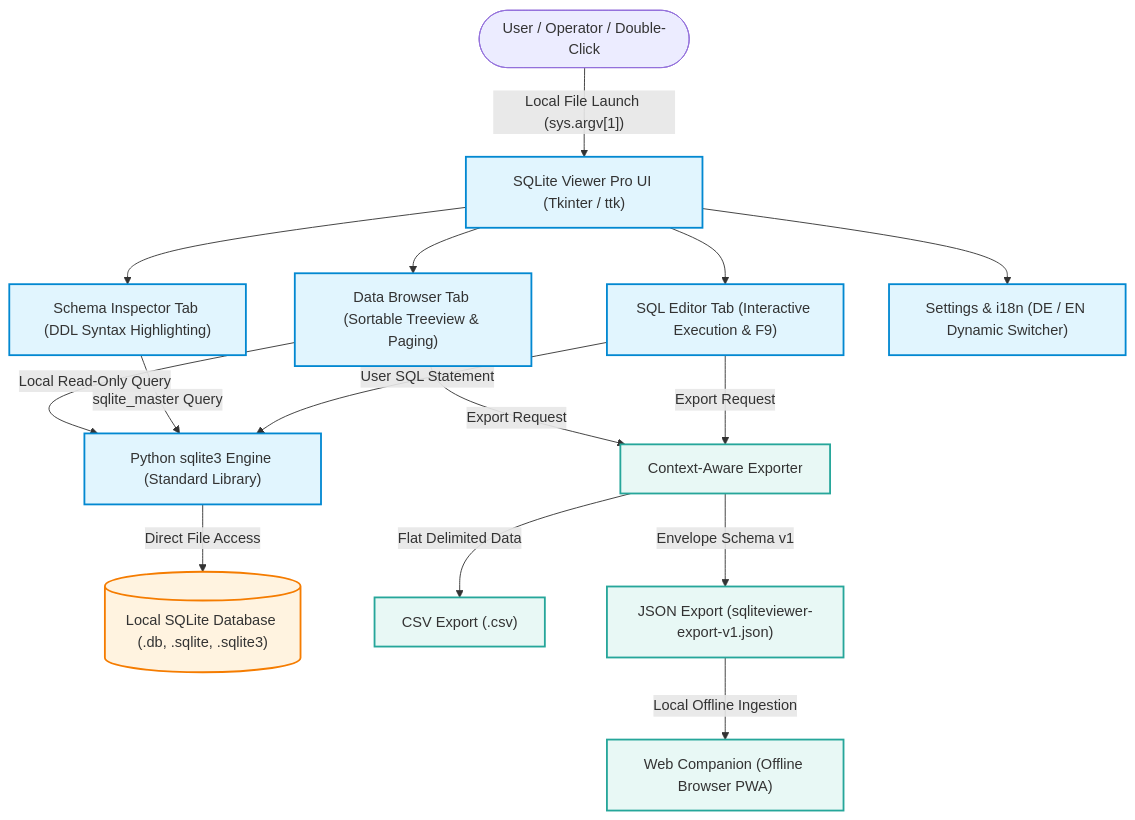
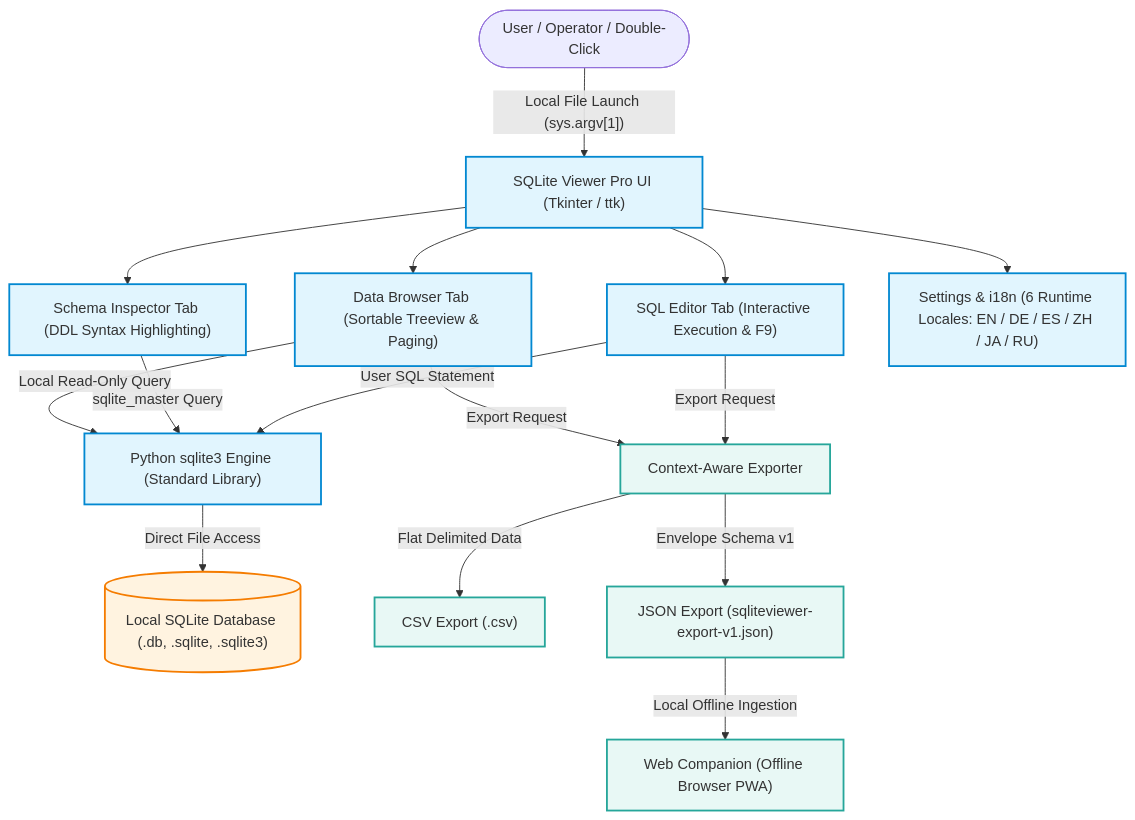
Before and after one commit to file-bricks/SQLiteViewer: the first of 2 diagrams in README.md, drawn with Mermaid. The commit also changed other lines of this file and 4 other files, not shown here.

````diff
--- a/README.md
+++ b/README.md
@@ -110,29 +110,29 @@
 ```mermaid
 flowchart TD
     User(["User / Operator / Double-Click"]) -->|"Local File Launch (sys.argv[1])"| GUI["SQLite Viewer Pro UI (Tkinter / ttk)"]
     GUI --> TabData["Data Browser Tab (Sortable Treeview & Paging)"]
     GUI --> TabSchema["Schema Inspector Tab (DDL Syntax Highlighting)"]
     GUI --> TabSQL["SQL Editor Tab (Interactive Execution & F9)"]
-    GUI --> TabSettings["Settings & i18n (DE / EN Dynamic Switcher)"]
+    GUI --> TabSettings["Settings & i18n (6 Runtime Locales: EN / DE / ES / ZH / JA / RU)"]
 
     TabData -->|"Local Read-Only Query"| DBEngine["Python sqlite3 Engine (Standard Library)"]
     TabSchema -->|"sqlite_master Query"| DBEngine
     TabSQL -->|"User SQL Statement"| DBEngine
 
     DBEngine -->|"Direct File Access"| DBFile[("Local SQLite Database (.db, .sqlite, .sqlite3)")]
 
     TabData -->|"Export Request"| Exporter["Context-Aware Exporter"]
     TabSQL -->|"Export Request"| Exporter
 
     Exporter -->|"Flat Delimited Data"| CSVFile["CSV Export (.csv)"]
     Exporter -->|"Envelope Schema v1"| JSONFile["JSON Export (sqliteviewer-export-v1.json)"]
 
     JSONFile -->|"Local Offline Ingestion"| Companion["Web Companion (Offline Browser PWA)"]
 
     classDef core fill:#e1f5fe,stroke:#0288d1,stroke-width:2px;
     classDef storage fill:#fff3e0,stroke:#f57c00,stroke-width:2px;
     classDef export fill:#e8f8f5,stroke:#26a69a,stroke-width:2px;
     class GUI,TabData,TabSchema,TabSQL,TabSettings,DBEngine core;
     class DBFile storage;
     class Exporter,CSVFile,JSONFile,Companion export;
 ```
````
